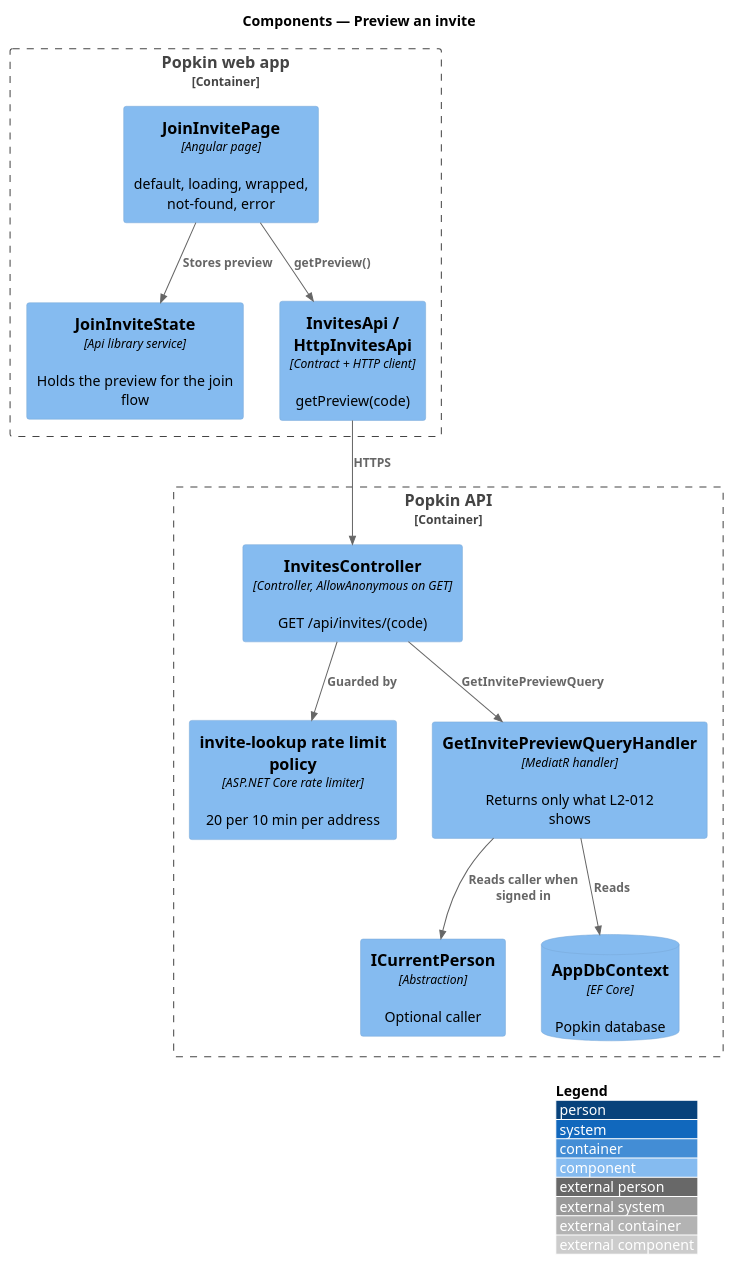
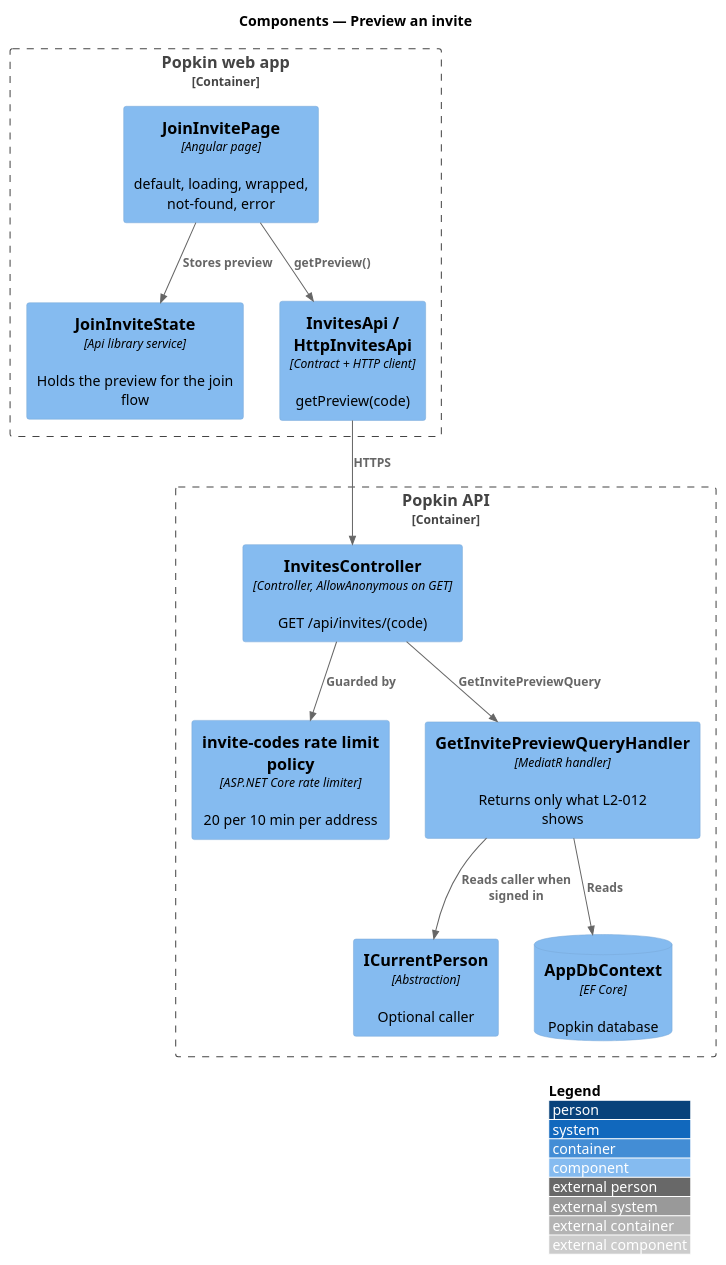
The diagram in docs/detailed-designs/invitations/preview-invite/diagrams/c4-component.puml (QuinntyneBrown/popkin), drawn with PlantUML before and after one commit. The commit also changed 17 other files, not shown here.

```diff
--- a/docs/detailed-designs/invitations/preview-invite/diagrams/c4-component.puml
+++ b/docs/detailed-designs/invitations/preview-invite/diagrams/c4-component.puml
@@ -1,25 +1,25 @@
 @startuml
 !include <C4/C4_Component>
 LAYOUT_WITH_LEGEND()
 title Components — Preview an invite
 
 Container_Boundary(spa, "Popkin web app") {
   Component(page, "JoinInvitePage", "Angular page", "default, loading, wrapped, not-found, error")
   Component(state, "JoinInviteState", "Api library service", "Holds the preview for the join flow")
   Component(iapi, "InvitesApi / HttpInvitesApi", "Contract + HTTP client", "getPreview(code)")
 }
 Container_Boundary(api, "Popkin API") {
   Component(ctrl, "InvitesController", "Controller, AllowAnonymous on GET", "GET /api/invites/(code)")
-  Component(rl, "invite-lookup rate limit policy", "ASP.NET Core rate limiter", "20 per 10 min per address")
+  Component(rl, "invite-codes rate limit policy", "ASP.NET Core rate limiter", "20 per 10 min per address")
   Component(handler, "GetInvitePreviewQueryHandler", "MediatR handler", "Returns only what L2-012 shows")
   Component(cur, "ICurrentPerson", "Abstraction", "Optional caller")
   ComponentDb(db, "AppDbContext", "EF Core", "Popkin database")
 }
 Rel(page, iapi, "getPreview()")
 Rel(page, state, "Stores preview")
 Rel(iapi, ctrl, "HTTPS")
 Rel(ctrl, rl, "Guarded by")
 Rel(ctrl, handler, "GetInvitePreviewQuery")
 Rel(handler, cur, "Reads caller when signed in")
 Rel(handler, db, "Reads")
 @enduml
```
